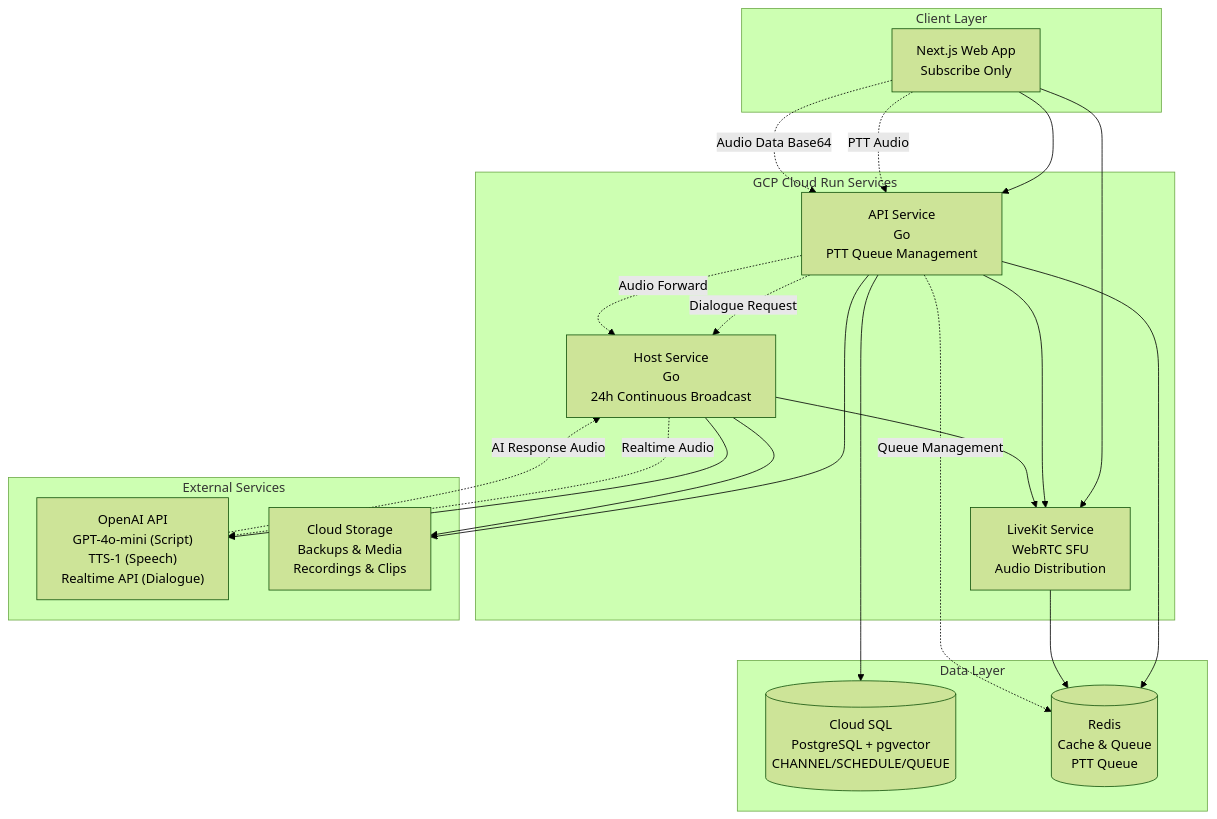
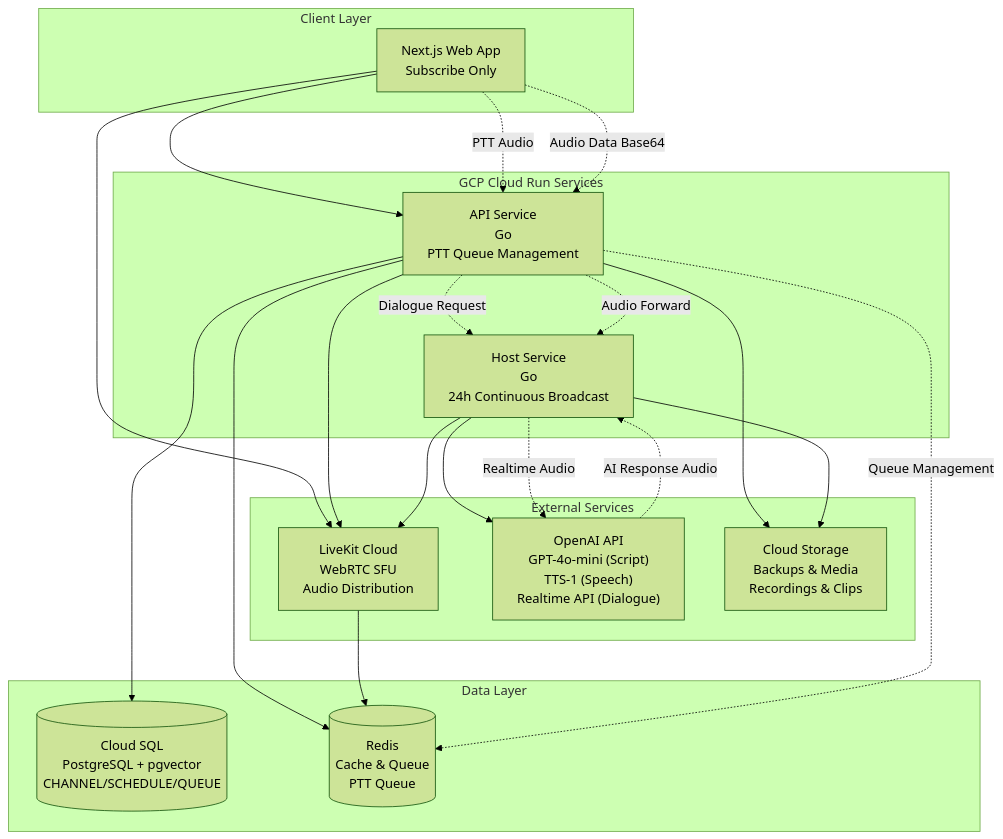
One commit to IzmYuta/Hacz_Ichthyo changed the diagram in docs/infrastructure.md. Above: the diagram before and after it, drawn with Mermaid (forest theme). The commit also changed other lines of this file and 1 other file, not shown here.

Commit message:
インフラストラクチャドキュメントにおいて、LiveKitサービスをLiveKit Cloudに変更し、関連情報を更新しました。また、WebRTC SFUの自動スケーリング機能についての説明を追加しました。

````diff
--- a/docs/infrastructure.md
+++ b/docs/infrastructure.md
@@ -9,48 +9,48 @@
 ```mermaid
 graph TB
     subgraph "Client Layer"
         WEB["Next.js Web App<br/>Subscribe Only"]
     end
     
     subgraph "GCP Cloud Run Services"
         API["API Service<br/>Go<br/>PTT Queue Management"]
         HOST["Host Service<br/>Go<br/>24h Continuous Broadcast"]
-        LIVEKIT["LiveKit Service<br/>WebRTC SFU<br/>Audio Distribution"]
     end
     
     subgraph "Data Layer"
         DB[("Cloud SQL<br/>PostgreSQL + pgvector<br/>CHANNEL/SCHEDULE/QUEUE")]
         REDIS[("Redis<br/>Cache & Queue<br/>PTT Queue")]
     end
     
     subgraph "External Services"
+        LIVEKIT["LiveKit Cloud<br/>WebRTC SFU<br/>Audio Distribution"]
         OPENAI["OpenAI API<br/>GPT-4o-mini (Script)<br/>TTS-1 (Speech)<br/>Realtime API (Dialogue)"]
         STORAGE["Cloud Storage<br/>Backups & Media<br/>Recordings & Clips"]
     end
     
     
     %% Client connections (Subscribe Only)
     WEB --> LIVEKIT
     WEB --> API
     
     %% Service connections
     API --> DB
     API --> REDIS
     API --> LIVEKIT
     HOST --> LIVEKIT
     HOST --> OPENAI
     LIVEKIT --> REDIS
     
     %% PTT Flow (Dialogue Mode)
     WEB -.->|PTT Audio| API
     API -.->|Queue Management| REDIS
     API -.->|Dialogue Request| HOST
     WEB -.->|Audio Data Base64| API
     API -.->|Audio Forward| HOST
     HOST -.->|Realtime Audio| OPENAI
     OPENAI -.->|AI Response Audio| HOST
     
     %% Data connections
     API --> STORAGE
     HOST --> STORAGE
 ```
````
